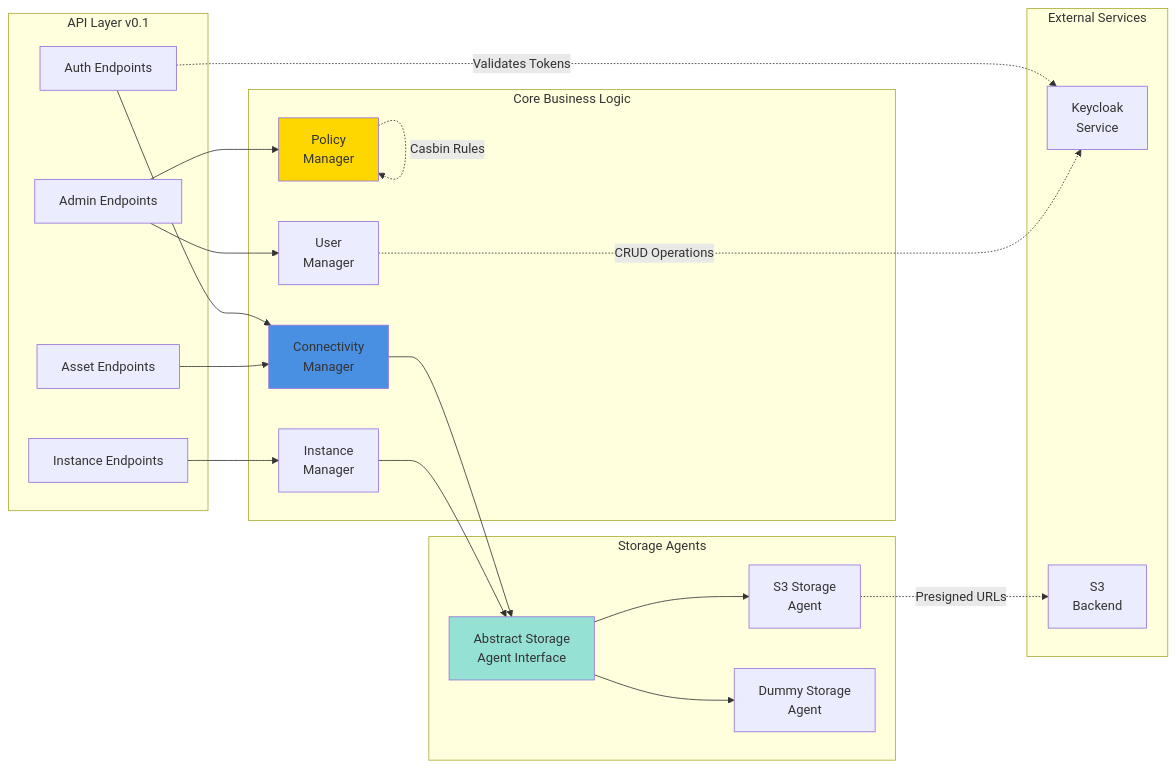
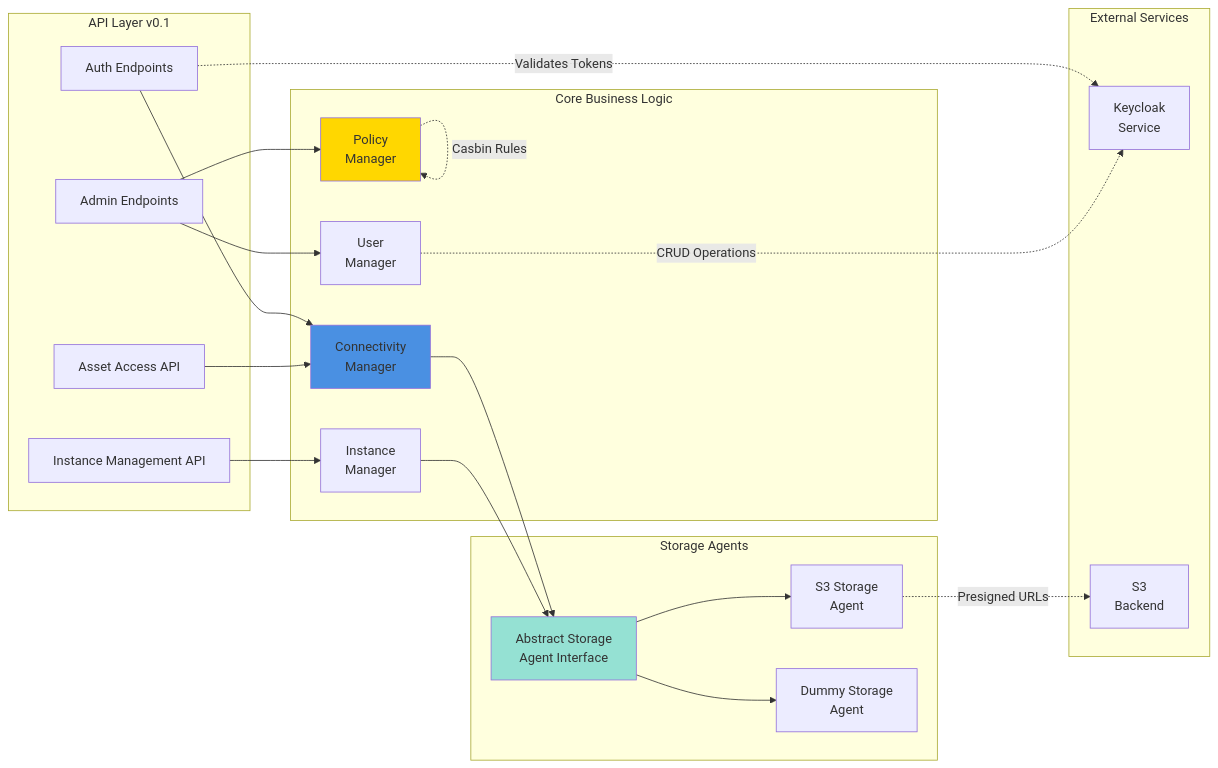
One commit to INN-SFU/Data-Portal changed the second of 5 diagrams in docs/diagrams/component-architecture.md. Above: the diagram before and after it, drawn with Mermaid. The commit also changed 13 other files, not shown here.

````diff
--- a/docs/diagrams/component-architecture.md
+++ b/docs/diagrams/component-architecture.md
@@ -58,47 +58,47 @@
 ```mermaid
 graph LR
     subgraph "API Layer v0.1"
         AuthAPI[Auth Endpoints]
-        AssetAPI[Asset Endpoints]
+        AssetAPI[Asset Access API]
         AdminAPI[Admin Endpoints]
-        InstanceAPI[Instance Endpoints]
+        InstanceAPI[Instance Management API]
     end
 
     subgraph "Core Business Logic"
         ConnMgr[Connectivity<br/>Manager]
         PolicyMgr[Policy<br/>Manager]
         InstanceMgr[Instance<br/>Manager]
         UserMgr[User<br/>Manager]
     end
 
     subgraph "Storage Agents"
         S3Agent[S3 Storage<br/>Agent]
         DummyAgent[Dummy Storage<br/>Agent]
         AbstractAgent[Abstract Storage<br/>Agent Interface]
     end
 
     subgraph "External Services"
         KeycloakSvc[Keycloak<br/>Service]
         S3Backend[S3<br/>Backend]
     end
 
     AuthAPI --> ConnMgr
     AssetAPI --> ConnMgr
     AdminAPI --> PolicyMgr
     AdminAPI --> UserMgr
     InstanceAPI --> InstanceMgr
 
     ConnMgr --> AbstractAgent
     InstanceMgr --> AbstractAgent
     AbstractAgent --> S3Agent
     AbstractAgent --> DummyAgent
 
     AuthAPI -.->|Validates Tokens| KeycloakSvc
     PolicyMgr -.->|Casbin Rules| PolicyMgr
     UserMgr -.->|CRUD Operations| KeycloakSvc
     S3Agent -.->|Presigned URLs| S3Backend
 
     style ConnMgr fill:#4A90E2
     style PolicyMgr fill:#FFD700
     style AbstractAgent fill:#95E1D3
 ```
````
